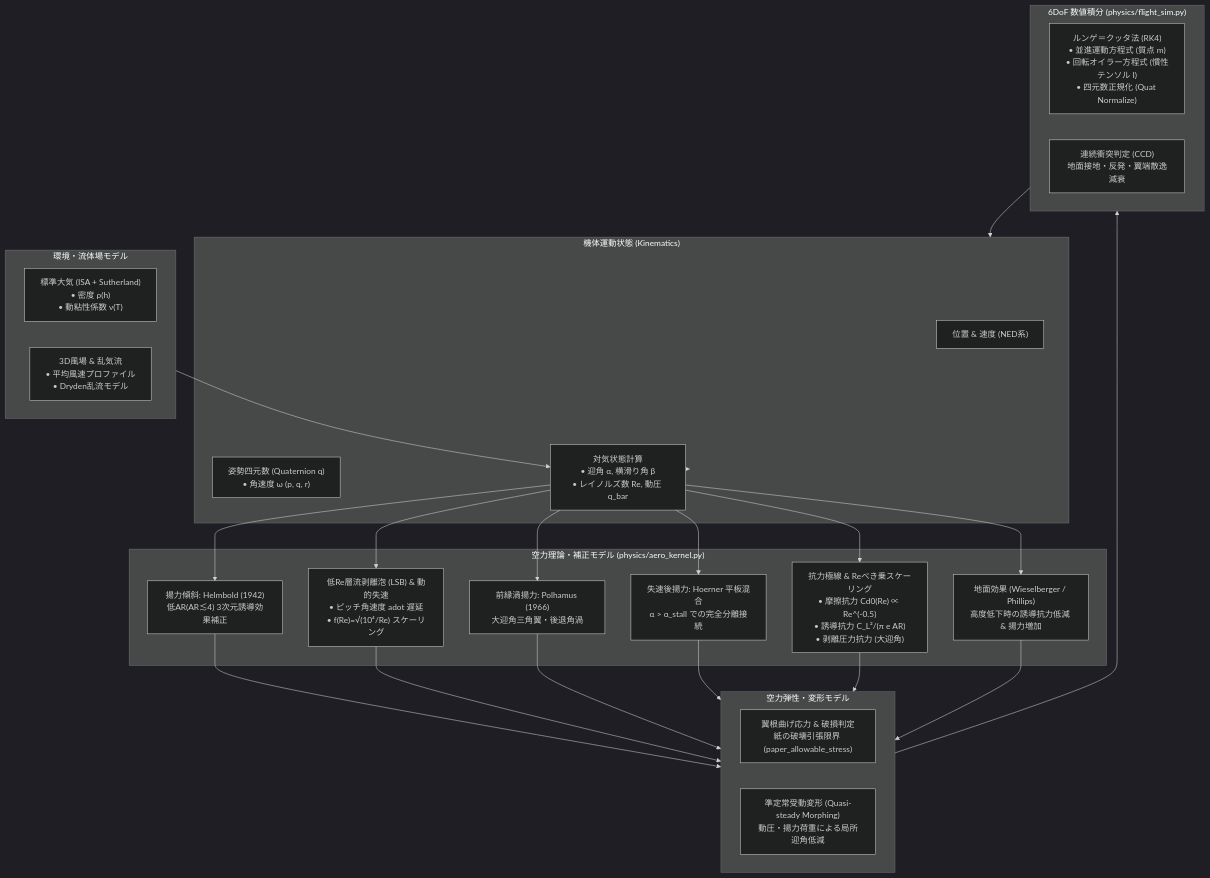
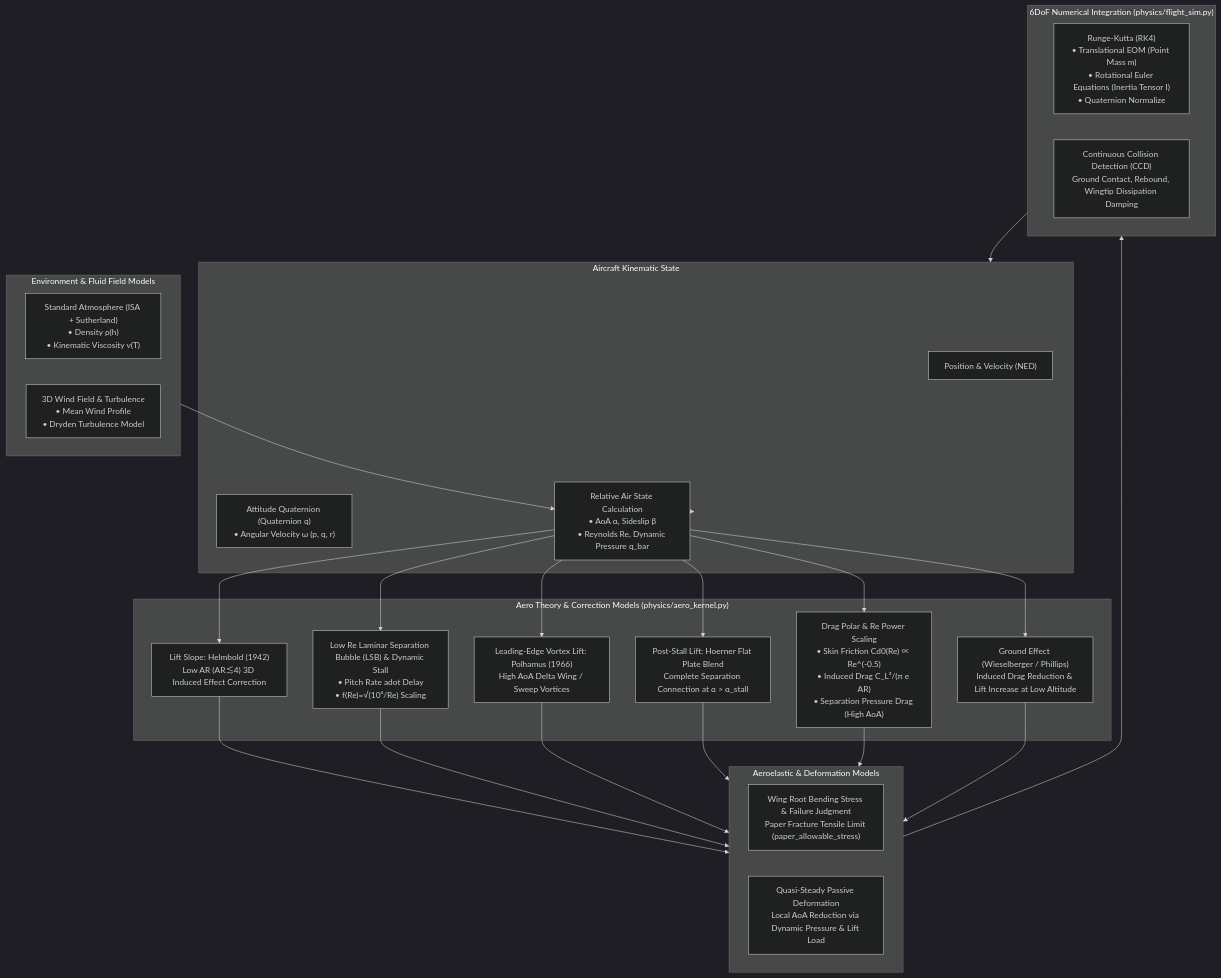
One commit to minetan1229/air_simulation changed the diagram in README.md. Above: the diagram before and after it, drawn with Mermaid (dark theme). The commit also changed other lines of this file and 30 other files, not shown here.

````diff
--- a/README.md
+++ b/README.md
@@ -124,45 +118,45 @@
 ```mermaid
 flowchart TD
-    subgraph Env["環境・流体場モデル"]
-        ISA["標準大気 (ISA + Sutherland)<br/>• 密度 ρ(h)<br/>• 動粘性係数 ν(T)"]
-        Wind["3D風場 & 乱気流<br/>• 平均風速プロファイル<br/>• Dryden乱流モデル"]
+    subgraph Env["Environment & Fluid Field Models"]
+        ISA["Standard Atmosphere (ISA + Sutherland)<br/>• Density ρ(h)<br/>• Kinematic Viscosity ν(T)"]
+        Wind["3D Wind Field & Turbulence<br/>• Mean Wind Profile<br/>• Dryden Turbulence Model"]
     end
 
-    subgraph State["機体運動状態 (Kinematics)"]
-        Pos["位置 & 速度 (NED系)"]
-        Att["姿勢四元数 (Quaternion q)<br/>• 角速度 ω (p, q, r)"]
-        AeroAngles["対気状態計算<br/>• 迎角 α, 横滑り角 β<br/>• レイノルズ数 Re, 動圧 q_bar"]
+    subgraph State["Aircraft Kinematic State"]
+        Pos["Position & Velocity (NED)"]
+        Att["Attitude Quaternion (Quaternion q)<br/>• Angular Velocity ω (p, q, r)"]
+        AeroAngles["Relative Air State Calculation<br/>• AoA α, Sideslip β<br/>• Reynolds Re, Dynamic Pressure q_bar"]
     end
 
-    subgraph AeroPhysics["空力理論・補正モデル (physics/aero_kernel.py)"]
-        Helmbold["揚力傾斜: Helmbold (1942)<br/>低AR(AR≲4) 3次元誘導効果補正"]
-        LSB["低Re層流剥離泡 (LSB) & 動的失速<br/>• ピッチ角速度 adot 遅延<br/>• f(Re)=√(10⁴/Re) スケーリング"]
-        Polhamus["前縁渦揚力: Polhamus (1966)<br/>大迎角三角翼・後退角渦"]
-        Stall["失速後揚力: Hoerner 平板混合<br/>α > α_stall での完全分離接続"]
-        Drag["抗力極線 & Reべき乗スケーリング<br/>• 摩擦抗力 Cd0(Re) ∝ Re^(-0.5)<br/>• 誘導抗力 C_L²/(π e AR)<br/>• 剥離圧力抗力 (大迎角)"]
-        Ground["地面効果 (Wieselberger / Phillips)<br/>高度低下時の誘導抗力低減 & 揚力増加"]
+    subgraph AeroPhysics["Aero Theory & Correction Models (physics/aero_kernel.py)"]
+        Helmbold["Lift Slope: Helmbold (1942)<br/>Low AR (AR≲4) 3D Induced Effect Correction"]
+        LSB["Low Re Laminar Separation Bubble (LSB) & Dynamic Stall<br/>• Pitch Rate adot Delay<br/>• f(Re)=√(10⁴/Re) Scaling"]
+        Polhamus["Leading-Edge Vortex Lift: Polhamus (1966)<br/>High AoA Delta Wing / Sweep Vortices"]
+        Stall["Post-Stall Lift: Hoerner Flat Plate Blend<br/>Complete Separation Connection at α > α_stall"]
+        Drag["Drag Polar & Re Power Scaling<br/>• Skin Friction Cd0(Re) ∝ Re^(-0.5)<br/>• Induced Drag C_L²/(π e AR)<br/>• Separation Pressure Drag (High AoA)"]
+        Ground["Ground Effect (Wieselberger / Phillips)<br/>Induced Drag Reduction & Lift Increase at Low Altitude"]
     end
 
-    subgraph AeroElastic["空力弾性・変形モデル"]
-        Stress["翼根曲げ応力 & 破損判定<br/>紙の破壊引張限界 (paper_allowable_stress)"]
-        Morph["準定常受動変形 (Quasi-steady Morphing)<br/>動圧・揚力荷重による局所迎角低減"]
+    subgraph AeroElastic["Aeroelastic & Deformation Models"]
+        Stress["Wing Root Bending Stress & Failure Judgment<br/>Paper Fracture Tensile Limit (paper_allowable_stress)"]
+        Morph["Quasi-Steady Passive Deformation<br/>Local AoA Reduction via Dynamic Pressure & Lift Load"]
     end
 
-    subgraph Integration["6DoF 数値積分 (physics/flight_sim.py)"]
-        RK4["ルンゲ＝クッタ法 (RK4)<br/>• 並進運動方程式 (質点 m)<br/>• 回転オイラー方程式 (慣性テンソル I)<br/>• 四元数正規化 (Quat Normalize)"]
-        CCD["連続衝突判定 (CCD)<br/>地面接地・反発・翼端散逸減衰"]
+    subgraph Integration["6DoF Numerical Integration (physics/flight_sim.py)"]
+        RK4["Runge-Kutta (RK4)<br/>• Translational EOM (Point Mass m)<br/>• Rotational Euler Equations (Inertia Tensor I)<br/>• Quaternion Normalize"]
+        CCD["Continuous Collision Detection (CCD)<br/>Ground Contact, Rebound, Wingtip Dissipation Damping"]
     end
 
     Env --> AeroAngles
     State --> AeroAngles
     AeroAngles --> Helmbold
     AeroAngles --> LSB
     AeroAngles --> Polhamus
     AeroAngles --> Stall
     AeroAngles --> Drag
     AeroAngles --> Ground
 
     Helmbold & LSB & Polhamus & Stall & Drag & Ground --> AeroElastic
     AeroElastic --> Integration
     Integration --> State
 ```
````
